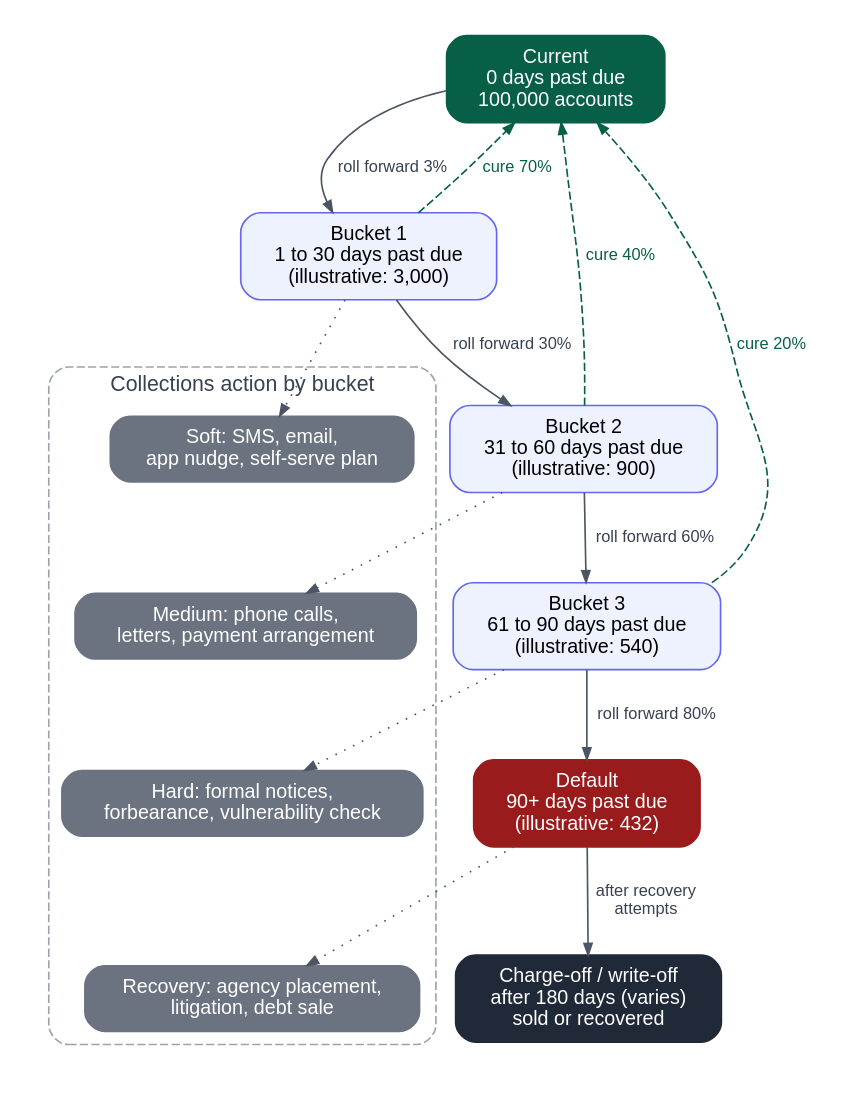
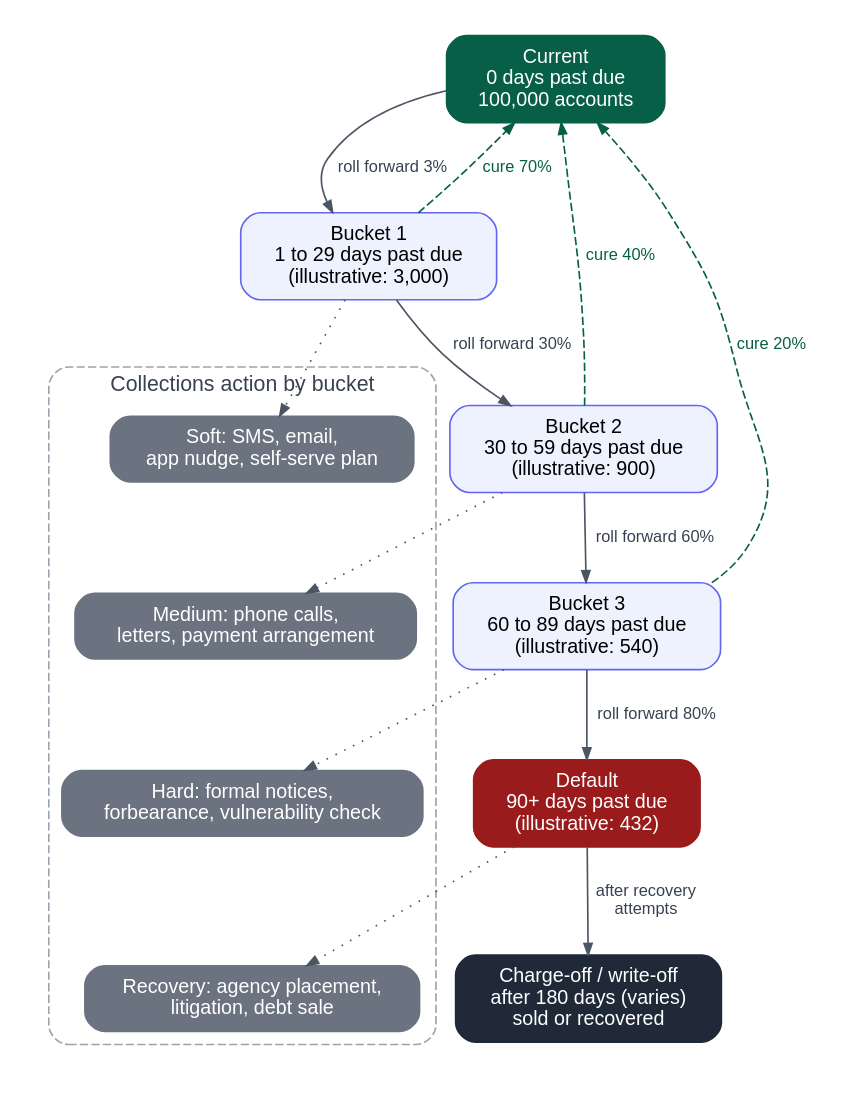
The diagram in docs/credit-risk-bible/diagrams/05-delinquency-roll-rates.dot (datamitguy/AI-explaiers), drawn with Graphviz before and after one commit. The commit also changed 3 other files, not shown here.

First line of the commit message:
Add Retail Lending note and align roll-rate diagram day bands

```diff
--- a/docs/credit-risk-bible/diagrams/05-delinquency-roll-rates.dot
+++ b/docs/credit-risk-bible/diagrams/05-delinquency-roll-rates.dot
@@ -1,34 +1,34 @@
 digraph DelinquencyRollRates {
   graph [rankdir=TB, splines=true, nodesep=0.3, ranksep=0.6, fontname="Helvetica", fontsize=13, bgcolor="white", newrank=true, pad=0.2];
   node  [shape=box, style="rounded,filled", fillcolor="#eef2ff", color="#6366f1", fontname="Helvetica", fontsize=12, margin="0.18,0.10"];
   edge  [color="#4b5563", arrowsize=0.7, fontname="Helvetica", fontsize=10, fontcolor="#374151"];
 
   Cur [label="Current\n0 days past due\n100,000 accounts", fillcolor="#065f46", fontcolor="white", color="#065f46"];
-  B1  [label="Bucket 1\n1 to 30 days past due\n(illustrative: 3,000)"];
-  B2  [label="Bucket 2\n31 to 60 days past due\n(illustrative: 900)"];
-  B3  [label="Bucket 3\n61 to 90 days past due\n(illustrative: 540)"];
+  B1  [label="Bucket 1\n1 to 29 days past due\n(illustrative: 3,000)"];
+  B2  [label="Bucket 2\n30 to 59 days past due\n(illustrative: 900)"];
+  B3  [label="Bucket 3\n60 to 89 days past due\n(illustrative: 540)"];
   Def [label="Default\n90+ days past due\n(illustrative: 432)", fillcolor="#991b1b", fontcolor="white", color="#991b1b"];
   WO  [label="Charge-off / write-off\nafter 180 days (varies)\nsold or recovered", fillcolor="#1f2937", fontcolor="white", color="#1f2937"];
 
   Cur -> B1 [label=" roll forward 3%"];
   B1  -> B2 [label=" roll forward 30%"];
   B2  -> B3 [label=" roll forward 60%"];
   B3  -> Def [label=" roll forward 80%"];
   Def -> WO [label=" after recovery\n attempts"];
 
   B1 -> Cur [label=" cure 70%", style=dashed, color="#065f46", fontcolor="#065f46"];
   B2 -> Cur [label=" cure 40%", style=dashed, color="#065f46", fontcolor="#065f46"];
   B3 -> Cur [label=" cure 20%", style=dashed, color="#065f46", fontcolor="#065f46"];
 
   subgraph cluster_actions {
     label="Collections action by bucket"; style="rounded,dashed"; color="#9ca3af"; fontcolor="#374151";
     Act1 [label="Soft: SMS, email,\napp nudge, self-serve plan", fillcolor="#6b7280", fontcolor="white", color="#6b7280"];
     Act2 [label="Medium: phone calls,\nletters, payment arrangement", fillcolor="#6b7280", fontcolor="white", color="#6b7280"];
     Act3 [label="Hard: formal notices,\nforbearance, vulnerability check", fillcolor="#6b7280", fontcolor="white", color="#6b7280"];
     Act4 [label="Recovery: agency placement,\nlitigation, debt sale", fillcolor="#6b7280", fontcolor="white", color="#6b7280"];
   }
   B1 -> Act1 [style=dotted];
   B2 -> Act2 [style=dotted];
   B3 -> Act3 [style=dotted];
   Def -> Act4 [style=dotted];
 }
```
